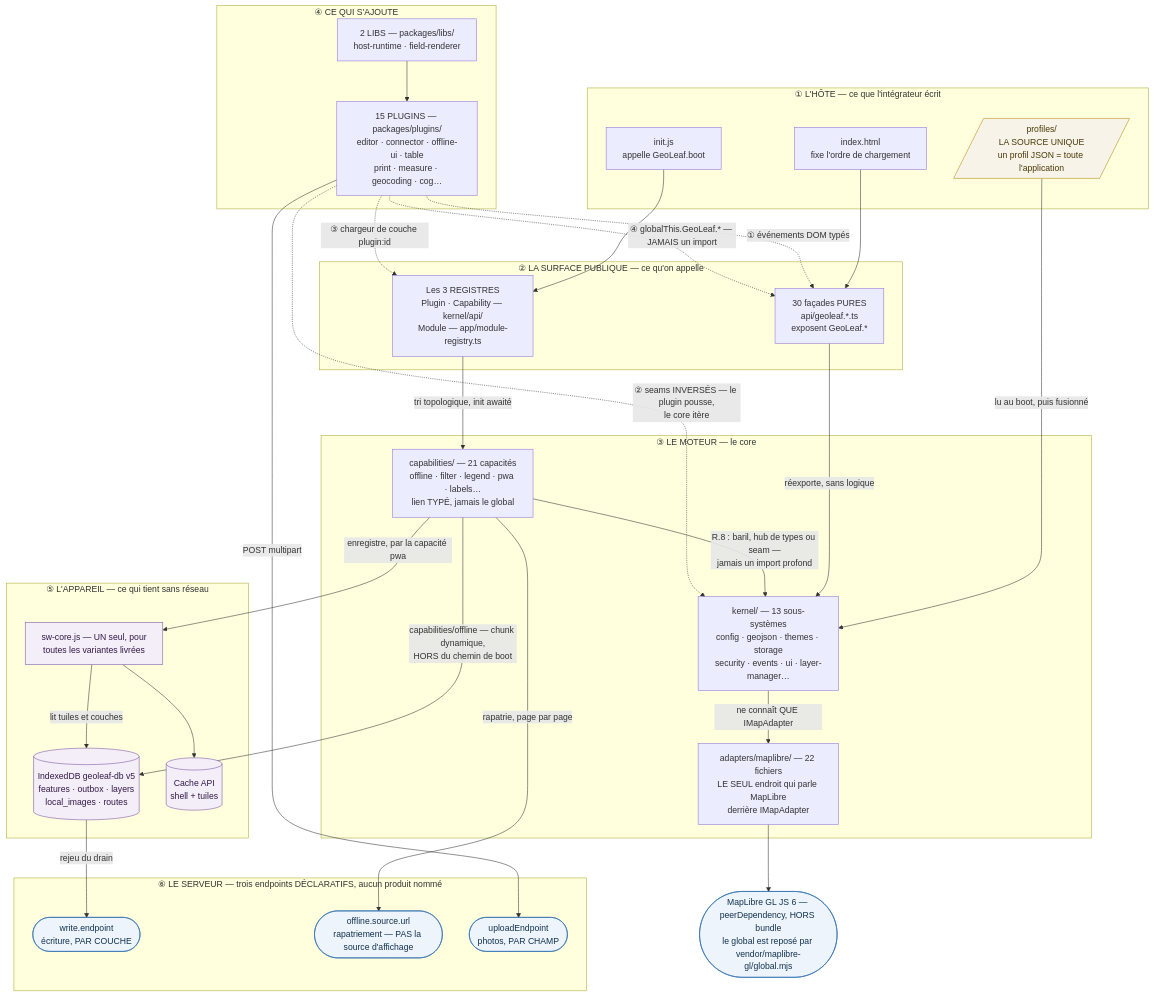
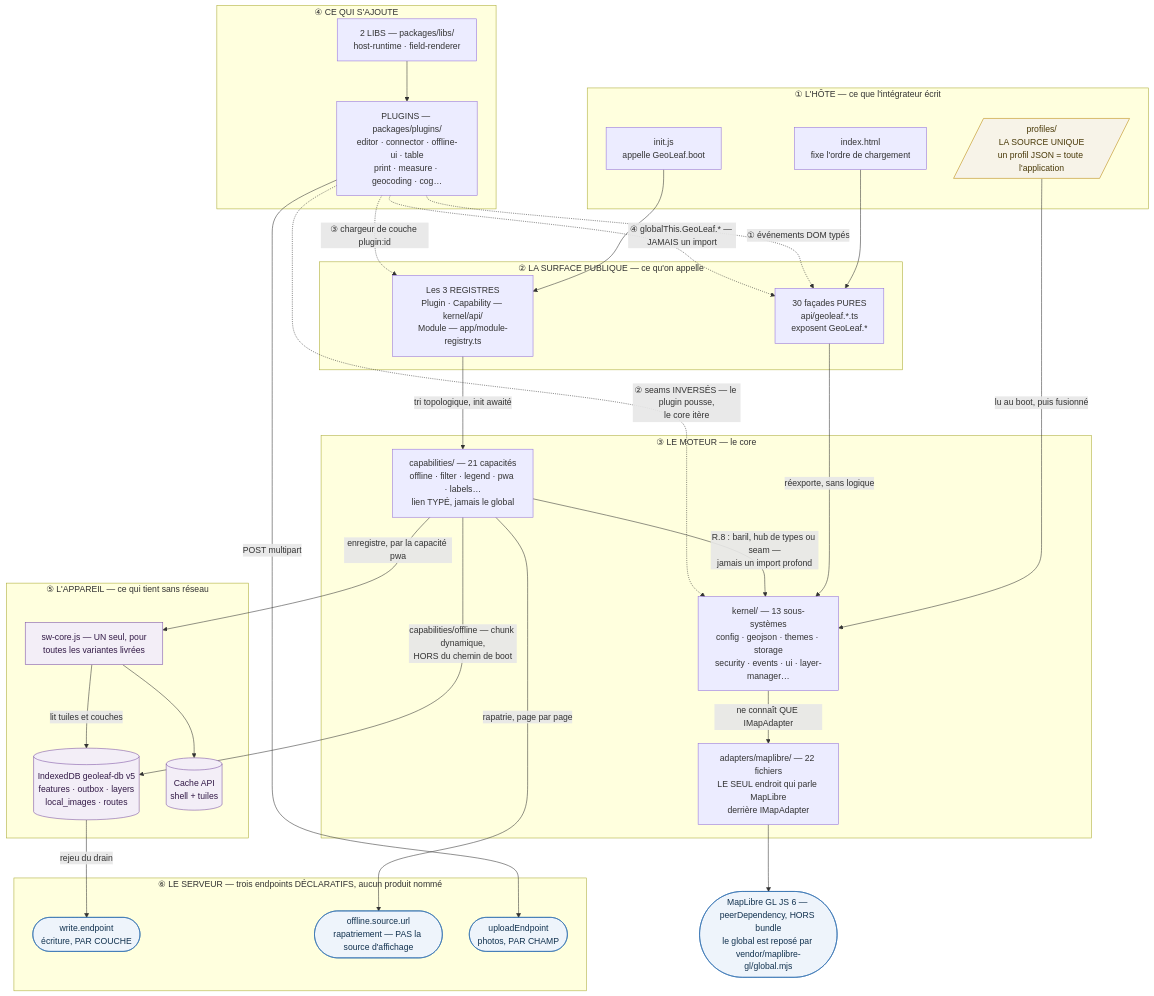
Before and after one commit to geoleaf/geoleaf-js: the first of 3 diagrams in docs/presentation/CARTE_FONCTIONNEMENT.md, drawn with Mermaid. The commit also changed other lines of this file and 12 other files, not shown here.

````diff
--- a/docs/presentation/CARTE_FONCTIONNEMENT.md
+++ b/docs/presentation/CARTE_FONCTIONNEMENT.md
@@ -29,68 +29,68 @@
 ```mermaid
 flowchart TD
     subgraph HOTE["① L'HÔTE — ce que l'intégrateur écrit"]
         IDX["index.html<br/>fixe l'ordre de chargement"]
         INIT["init.js<br/>appelle GeoLeaf.boot"]
         PROF[/"profiles/<br/>LA SOURCE UNIQUE<br/>un profil JSON = toute l'application"/]
     end
 
     subgraph SURF["② LA SURFACE PUBLIQUE — ce qu'on appelle"]
         FACADE["30 façades PURES<br/>api/geoleaf.*.ts<br/>exposent GeoLeaf.*"]
         REG["Les 3 REGISTRES<br/>Plugin · Capability — kernel/api/<br/>Module — app/module-registry.ts"]
     end
 
     subgraph ENG["③ LE MOTEUR — le core"]
         KERNEL["kernel/ — 13 sous-systèmes<br/>config · geojson · themes · storage<br/>security · events · ui · layer-manager…"]
         CAPS["capabilities/ — 21 capacités<br/>offline · filter · legend · pwa · labels…<br/>lien TYPÉ, jamais le global"]
         ADAPT["adapters/maplibre/ — 22 fichiers<br/>LE SEUL endroit qui parle MapLibre<br/>derrière IMapAdapter"]
     end
 
     subgraph ADD["④ CE QUI S'AJOUTE"]
-        PLUG["15 PLUGINS — packages/plugins/<br/>editor · connector · offline-ui · table<br/>print · measure · geocoding · cog…"]
+        PLUG["PLUGINS — packages/plugins/<br/>editor · connector · offline-ui · table<br/>print · measure · geocoding · cog…"]
         LIBS["2 LIBS — packages/libs/<br/>host-runtime · field-renderer"]
     end
 
     ML(["MapLibre GL JS 6 — peerDependency, HORS bundle<br/>le global est reposé par vendor/maplibre-gl/global.mjs"])
 
     subgraph DEV["⑤ L'APPAREIL — ce qui tient sans réseau"]
         IDB[("IndexedDB geoleaf-db v5<br/>features · outbox · layers<br/>local_images · routes")]
         SW["sw-core.js — UN seul, pour<br/>toutes les variantes livrées"]
         CACHE[("Cache API<br/>shell + tuiles")]
     end
 
     subgraph SRV["⑥ LE SERVEUR — trois endpoints DÉCLARATIFS, aucun produit nommé"]
         WRITE(["write.endpoint<br/>écriture, PAR COUCHE"])
         PULL(["offline.source.url<br/>rapatriement — PAS la source d'affichage"])
         UP(["uploadEndpoint<br/>photos, PAR CHAMP"])
     end
 
     IDX --> FACADE
     INIT --> REG
     PROF -->|"lu au boot, puis fusionné"| KERNEL
     FACADE -->|"réexporte, sans logique"| KERNEL
     REG -->|"tri topologique, init awaité"| CAPS
     CAPS -->|"R.8 : baril, hub de types ou seam —<br/>jamais un import profond"| KERNEL
     KERNEL -->|"ne connaît QUE IMapAdapter"| ADAPT
     ADAPT --> ML
 
     PLUG -.->|"① événements DOM typés"| FACADE
     PLUG -.->|"② seams INVERSÉS — le plugin pousse,<br/>le core itère"| KERNEL
     PLUG -.->|"③ chargeur de couche plugin:id"| REG
     PLUG -.->|"④ globalThis.GeoLeaf.* — JAMAIS un import"| FACADE
     LIBS --> PLUG
 
     CAPS -->|"capabilities/offline — chunk dynamique,<br/>HORS du chemin de boot"| IDB
     CAPS -->|"enregistre, par la capacité pwa"| SW
     SW --> CACHE
     SW -->|"lit tuiles et couches"| IDB
     IDB -->|"rejeu du drain"| WRITE
     CAPS -->|"rapatrie, page par page"| PULL
     PLUG -->|"POST multipart"| UP
 
     classDef ext fill:#eef4fb,stroke:#2b6cb0,color:#12324f
     classDef gen fill:#f7f3e8,stroke:#b8860b,color:#4a3a09
     classDef dev fill:#f3eef7,stroke:#7a4fa3,color:#331a47
     class ML,WRITE,PULL,UP ext
     class PROF gen
     class IDB,CACHE,SW dev
 ```
````
